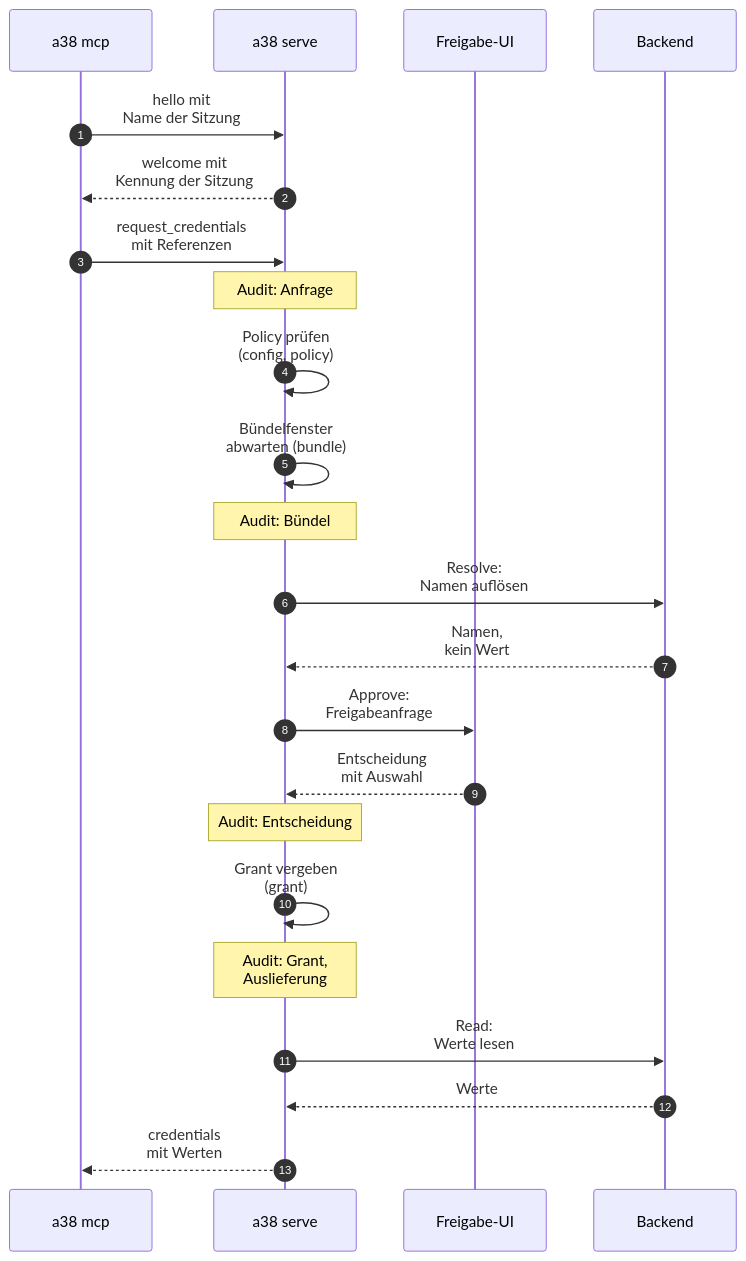
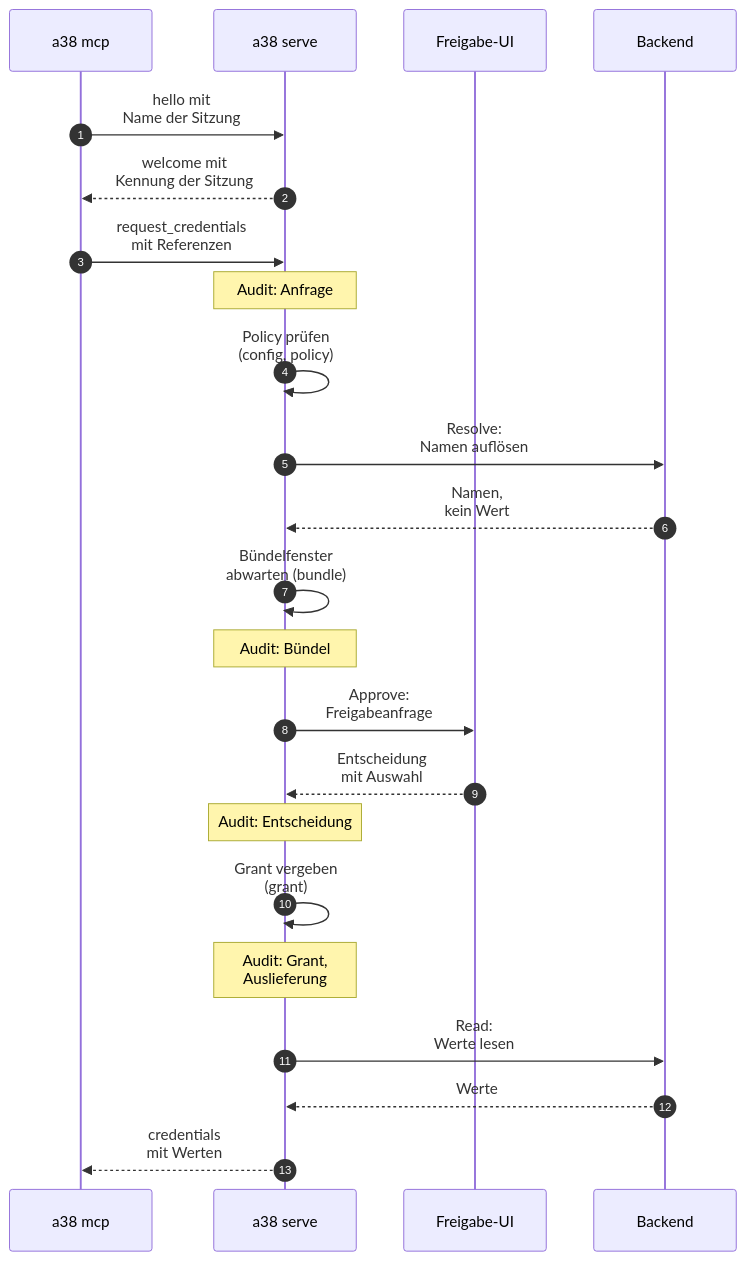
One commit to seletz/passierschein changed the diagram in docs/explanation/architektur.md. Above: the diagram before and after it, drawn with Mermaid. The commit also changed other lines of this file and 22 other files, not shown here.

````diff
--- a/docs/explanation/architektur.md
+++ b/docs/explanation/architektur.md
@@ -135,25 +135,25 @@
 ```mermaid
 sequenceDiagram
     autonumber
     participant M as a38 mcp
     participant S as a38 serve
     participant U as Freigabe-UI
     participant B as Backend
     M->>S: hello mit<br/>Name der Sitzung
     S-->>M: welcome mit<br/>Kennung der Sitzung
     M->>S: request_credentials<br/>mit Referenzen
     Note over S: Audit: Anfrage
     S->>S: Policy prüfen<br/>(config, policy)
+    S->>B: Resolve:<br/>Namen auflösen
+    B-->>S: Namen,<br/>kein Wert
     S->>S: Bündelfenster<br/>abwarten (bundle)
     Note over S: Audit: Bündel
-    S->>B: Resolve:<br/>Namen auflösen
-    B-->>S: Namen,<br/>kein Wert
     S->>U: Approve:<br/>Freigabeanfrage
     U-->>S: Entscheidung<br/>mit Auswahl
     Note over S: Audit: Entscheidung
     S->>S: Grant vergeben<br/>(grant)
     Note over S: Audit: Grant,<br/>Auslieferung
     S->>B: Read:<br/>Werte lesen
     B-->>S: Werte
     S-->>M: credentials<br/>mit Werten
 ```
````
